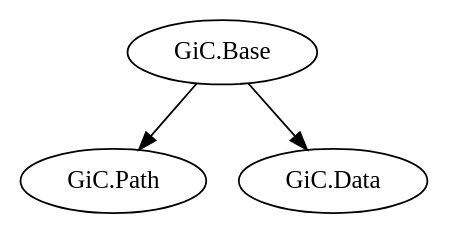
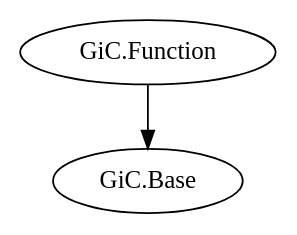
One commit to Hexirp/googology-in-coq changed the diagram in documents/libraries.gv. Above: the diagram before and after it, drawn with Graphviz.

Commit message:
Update: libraries.gv を全面的に書き換える
今の状況に合わせるため。 GiC.Function というまともなライブラリ
ファイルが出来たため。

```diff
--- a/documents/libraries.gv
+++ b/documents/libraries.gv
@@ -1,11 +1,14 @@
-# 左は単純、右は複雑。上は純粋的、下は複雑的。
-# neato を使用せよ。
+# 左に行くほど単純な内容であり、
+# 右に行くほど複雑な内容である。
+# 下に行くほど基本的なテーマを取り扱っていて、
+# 上に行くほど応用的なテーマを取り扱っている。
+# neato を使用する。そうしないと pos と pin 属性が上手く働かない。
 
 digraph G {
-    "GiC.Base" -> "GiC.Path";
-    "GiC.Base" -> "GiC.Data";
+  # GiC.Base
+  "GiC.Base" [pos = "0,0", pin = true];
 
-    "GiC.Base" [pos = "0,0", pin = true];
-    "GiC.Path" [pos = "4,0", pin = true];
-    "GiC.Data" [pos = "2,-2", pin = true];
+  # GiC.Function
+  "GiC.Function" -> "GiC.Base";
+  "GiC.Function" [pos = "2,2", pin = true];
 }
```
